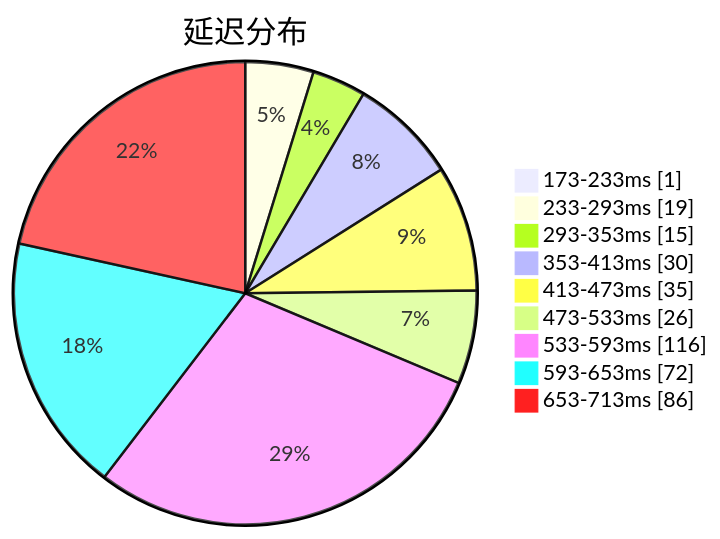
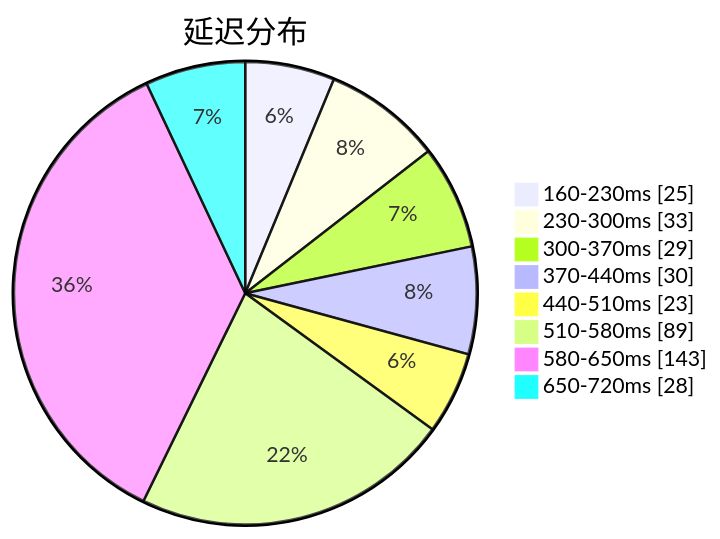
Before and after one commit to qjlxg/airport: the first of 3 diagrams in subs/statistics/tested_within.md, drawn with Mermaid. The commit also changed other lines of this file and 2 other files, not shown here.

Commit message:
Tested by metaST

````diff
--- a/subs/statistics/tested_within.md
+++ b/subs/statistics/tested_within.md
@@ -2,13 +2,12 @@
 ```mermaid
 pie showData
 title 延迟分布
-"173-233ms" : 1
-"233-293ms" : 19
-"293-353ms" : 15
-"353-413ms" : 30
-"413-473ms" : 35
-"473-533ms" : 26
-"533-593ms" : 116
-"593-653ms" : 72
-"653-713ms" : 86
+"160-230ms" : 25
+"230-300ms" : 33
+"300-370ms" : 29
+"370-440ms" : 30
+"440-510ms" : 23
+"510-580ms" : 89
+"580-650ms" : 143
+"650-720ms" : 28
 ```
````
